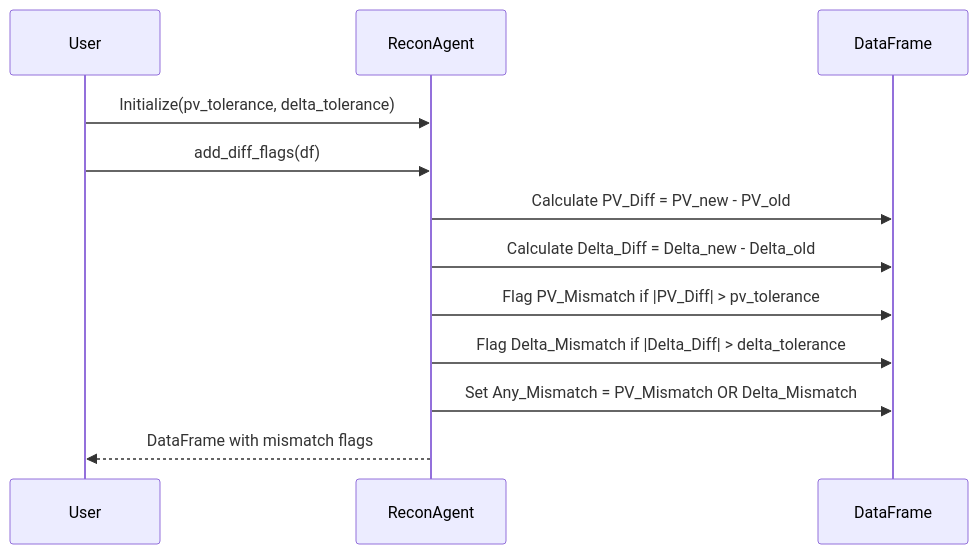
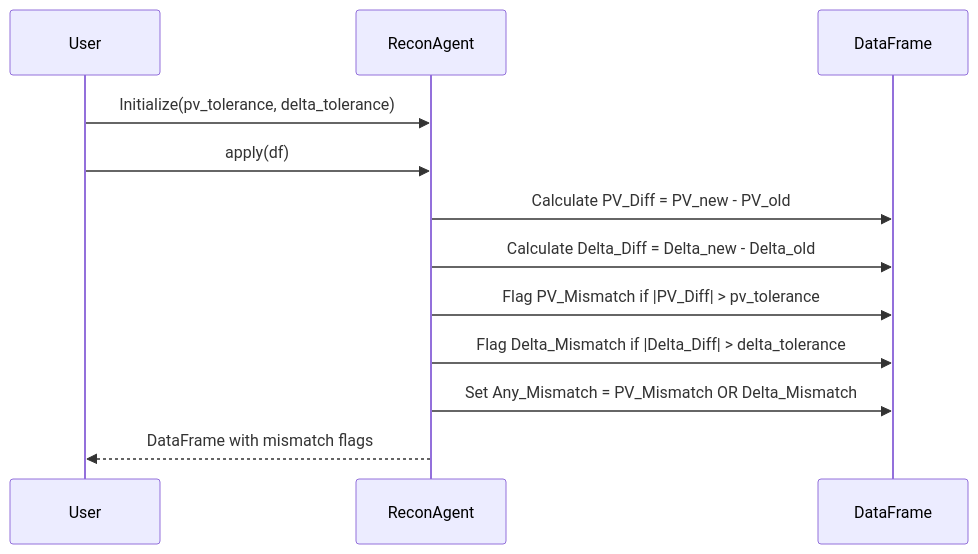
One commit to ksmadhavareddy/recon-ai changed the sixth of 30 diagrams in docs/DIAGRAMS.md. Above: the diagram before and after it, drawn with Mermaid. The commit also changed other lines of this file and 14 other files, not shown here.

````diff
--- a/docs/DIAGRAMS.md
+++ b/docs/DIAGRAMS.md
@@ -91,15 +197,15 @@
 ```mermaid
 sequenceDiagram
     participant U as User
     participant RA as ReconAgent
     participant DF as DataFrame
     
     U->>RA: Initialize(pv_tolerance, delta_tolerance)
-    U->>RA: add_diff_flags(df)
+    U->>RA: apply(df)
     RA->>DF: Calculate PV_Diff = PV_new - PV_old
     RA->>DF: Calculate Delta_Diff = Delta_new - Delta_old
     RA->>DF: Flag PV_Mismatch if |PV_Diff| > pv_tolerance
     RA->>DF: Flag Delta_Mismatch if |Delta_Diff| > delta_tolerance
     RA->>DF: Set Any_Mismatch = PV_Mismatch OR Delta_Mismatch
     RA-->>U: DataFrame with mismatch flags
 ```
````
